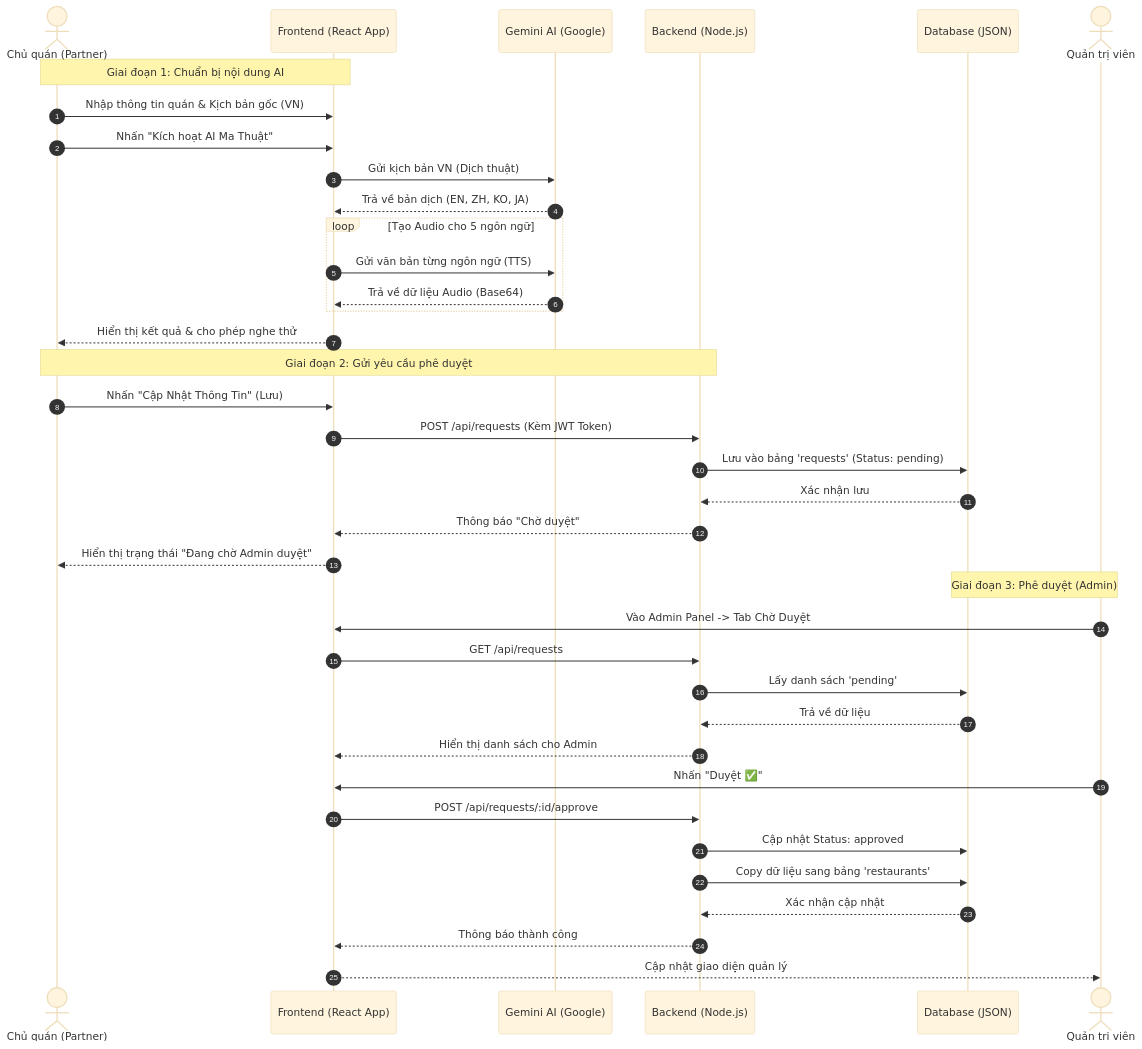
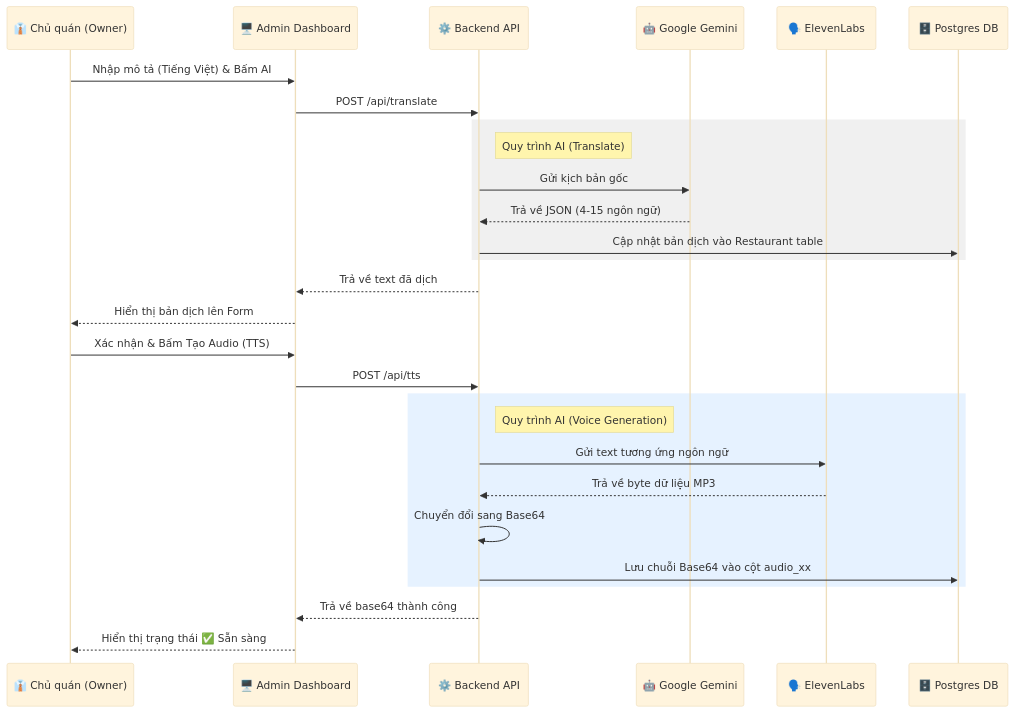
The second of 3 diagrams in PARTNER_SEQUENCE_DIAGRAM.md (DuyKhoiCoder30062004/V-nh-Kh-nh-B-n-Cu-i), drawn with Mermaid (base theme) before and after one commit. The commit also changed other lines of this file and 2 other files, not shown here.

First line of the commit message:
docs: Refactor diagrams to VoiceMap SaaS context

````diff
--- a/PARTNER_SEQUENCE_DIAGRAM.md
+++ b/PARTNER_SEQUENCE_DIAGRAM.md
@@ -7,44 +39,36 @@
 ```mermaid
 sequenceDiagram
-    autonumber
-    actor Partner as Chủ quán (Partner)
-    participant FE as Frontend (React App)
-    participant AI as Gemini AI (Google)
-    participant BE as Backend (Node.js)
-    participant DB as Database (JSON)
-    actor Admin as Quản trị viên
+    participant Owner as 👔 Chủ quán (Owner)
+    participant App as 🖥️ Admin Dashboard
+    participant API as ⚙️ Backend API
+    participant Gemini as 🤖 Google Gemini
+    participant Eleven as 🗣️ ElevenLabs
+    participant DB as 🗄️ Postgres DB
 
-    Note over Partner, FE: Giai đoạn 1: Chuẩn bị nội dung AI
-    Partner->>FE: Nhập thông tin quán & Kịch bản gốc (VN)
-    Partner->>FE: Nhấn "Kích hoạt AI Ma Thuật"
-    FE->>AI: Gửi kịch bản VN (Dịch thuật)
-    AI-->>FE: Trả về bản dịch (EN, ZH, KO, JA)
+    Owner->>App: Nhập mô tả (Tiếng Việt) & Bấm AI
+    App->>API: POST /api/translate
     
-    loop Tạo Audio cho 5 ngôn ngữ
-        FE->>AI: Gửi văn bản từng ngôn ngữ (TTS)
-        AI-->>FE: Trả về dữ liệu Audio (Base64)
+    rect rgb(240, 240, 240)
+        Note right of API: Quy trình AI (Translate)
+        API->>Gemini: Gửi kịch bản gốc
+        Gemini-->>API: Trả về JSON (4-15 ngôn ngữ)
+        API->>DB: Cập nhật bản dịch vào Restaurant table
     end
-    FE-->>Partner: Hiển thị kết quả & cho phép nghe thử
+    
+    API-->>App: Trả về text đã dịch
+    App-->>Owner: Hiển thị bản dịch lên Form
 
-    Note over Partner, BE: Giai đoạn 2: Gửi yêu cầu phê duyệt
-    Partner->>FE: Nhấn "Cập Nhật Thông Tin" (Lưu)
-    FE->>BE: POST /api/requests (Kèm JWT Token)
-    BE->>DB: Lưu vào bảng 'requests' (Status: pending)
-    DB-->>BE: Xác nhận lưu
-    BE-->>FE: Thông báo "Chờ duyệt"
-    FE-->>Partner: Hiển thị trạng thái "Đang chờ Admin duyệt"
-
-    Note over Admin, DB: Giai đoạn 3: Phê duyệt (Admin)
-    Admin->>FE: Vào Admin Panel -> Tab Chờ Duyệt
-    FE->>BE: GET /api/requests
-    BE->>DB: Lấy danh sách 'pending'
-    DB-->>BE: Trả về dữ liệu
-    BE-->>FE: Hiển thị danh sách cho Admin
-    Admin->>FE: Nhấn "Duyệt ✅"
-    FE->>BE: POST /api/requests/:id/approve
-    BE->>DB: Cập nhật Status: approved
-    BE->>DB: Copy dữ liệu sang bảng 'restaurants'
-    DB-->>BE: Xác nhận cập nhật
-    BE-->>FE: Thông báo thành công
-    FE-->>Admin: Cập nhật giao diện quản lý
+    Owner->>App: Xác nhận & Bấm Tạo Audio (TTS)
+    App->>API: POST /api/tts
+    
+    rect rgb(230, 242, 255)
+        Note right of API: Quy trình AI (Voice Generation)
+        API->>Eleven: Gửi text tương ứng ngôn ngữ
+        Eleven-->>API: Trả về byte dữ liệu MP3
+        API->>API: Chuyển đổi sang Base64
+        API->>DB: Lưu chuỗi Base64 vào cột audio_xx
+    end
+    
+    API-->>App: Trả về base64 thành công
+    App-->>Owner: Hiển thị trạng thái ✅ Sẵn sàng
 ```
````
